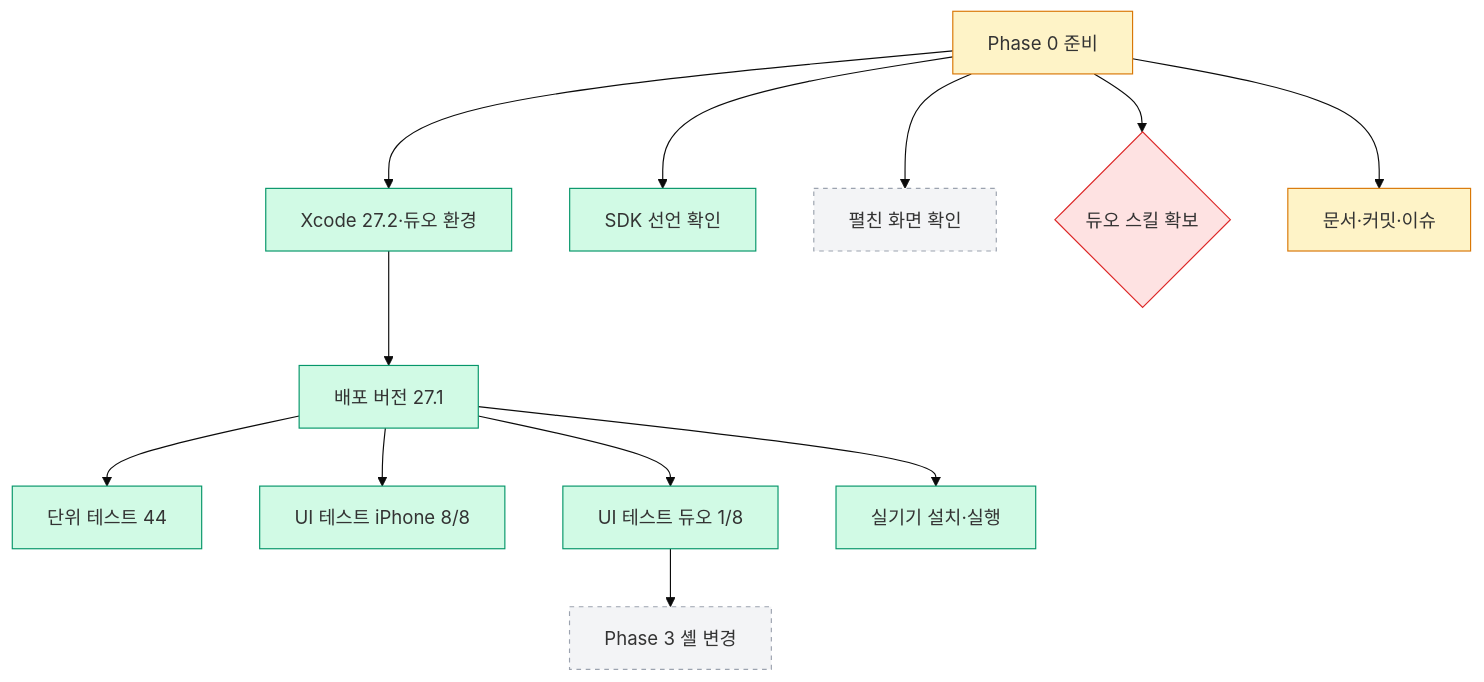
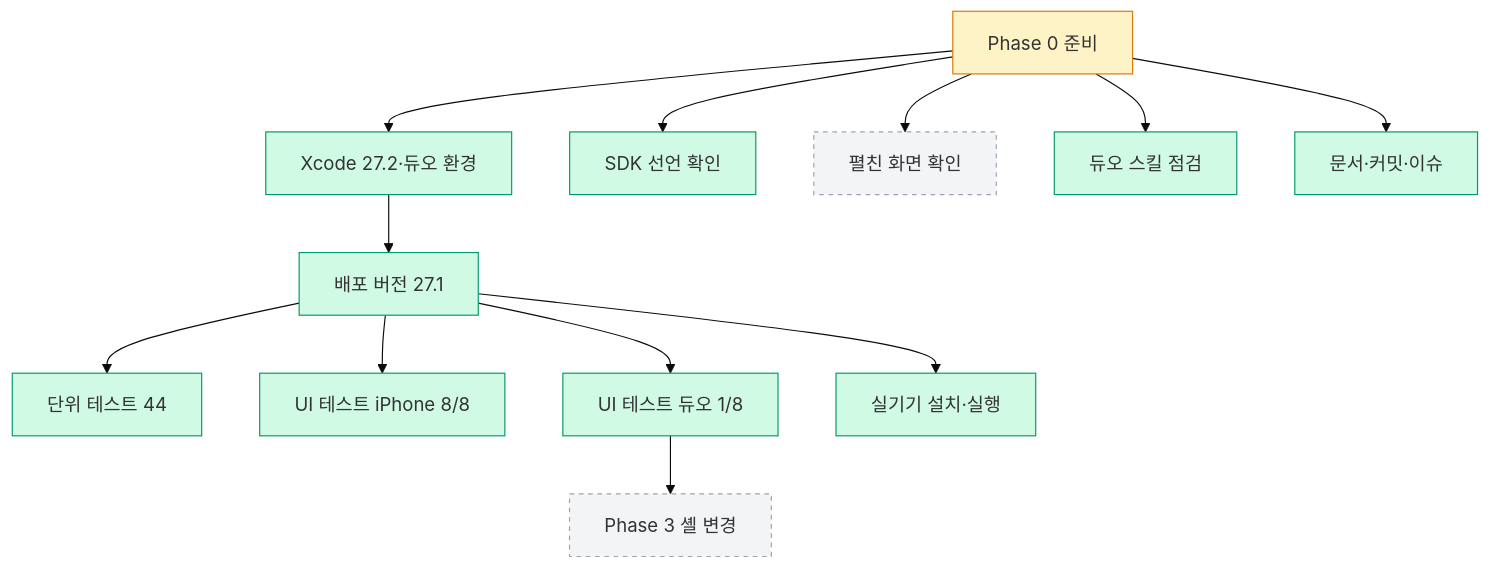
The diagram in .sitrep/sessions/20261117-2250-ios-v2-phase0/arch.mmd (Nedian0Brien/PrismLog), drawn with Mermaid (base theme) before and after one commit. The commit also changed 6 other files, not shown here.

```diff
--- a/.sitrep/sessions/20261117-2250-ios-v2-phase0/arch.mmd
+++ b/.sitrep/sessions/20261117-2250-ios-v2-phase0/arch.mmd
@@ -1,23 +1,23 @@
 flowchart TD
   P0[Phase 0 준비]:::doing
   ENV[Xcode 27.2·듀오 환경]:::done
   DT[배포 버전 27.1]:::done
   UT[단위 테스트 44]:::done
   UIP[UI 테스트 iPhone 8/8]:::done
   UID[UI 테스트 듀오 1/8]:::done
   DEV[실기기 설치·실행]:::done
   SDK[SDK 선언 확인]:::done
   OPEN[펼친 화면 확인]:::todo
-  SK{듀오 스킬 확보}:::decide
-  DOC[문서·커밋·이슈]:::doing
+  SK[듀오 스킬 점검]:::done
+  DOC[문서·커밋·이슈]:::done
   P3[Phase 3 셸 변경]:::todo
   P0 --> ENV --> DT --> UT & UIP & UID & DEV
   P0 --> SDK
   UID --> P3
   P0 --> OPEN
   P0 --> SK
   P0 --> DOC
   classDef done fill:#d1fae5,stroke:#059669
   classDef doing fill:#fef3c7,stroke:#d97706
   classDef decide fill:#fee2e2,stroke:#dc2626
   classDef todo fill:#f3f4f6,stroke:#9ca3af,stroke-dasharray:4
```
